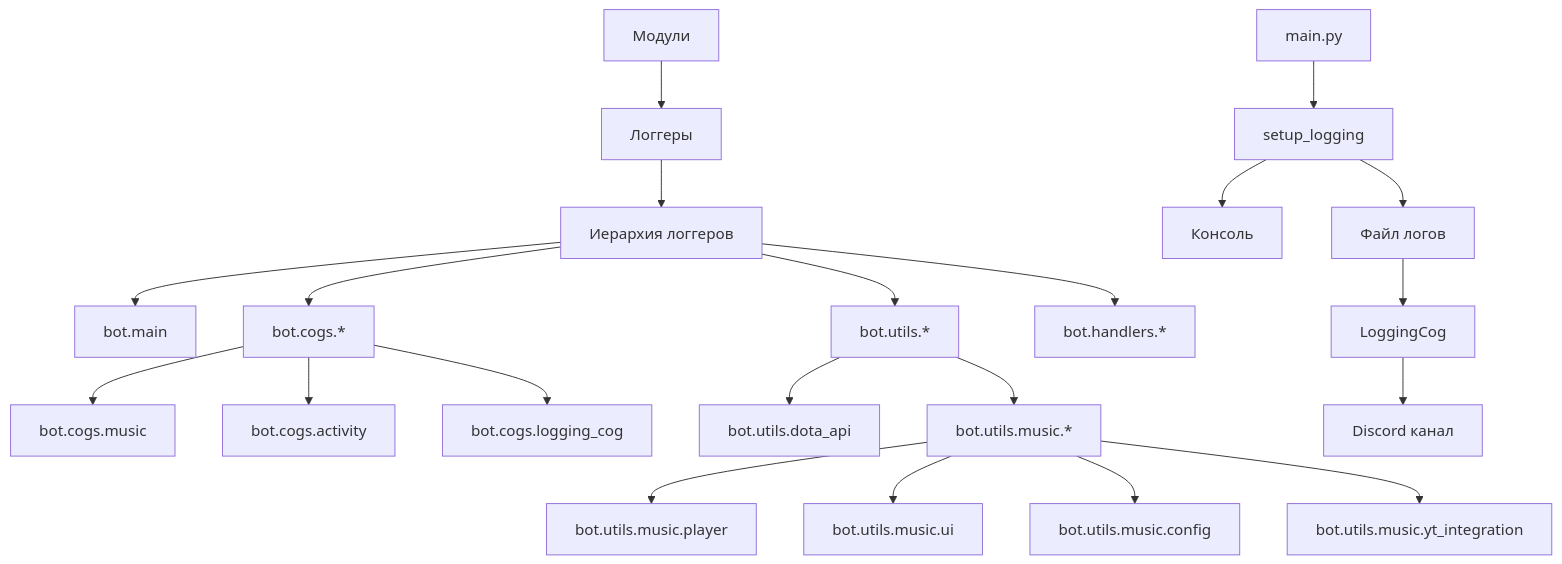
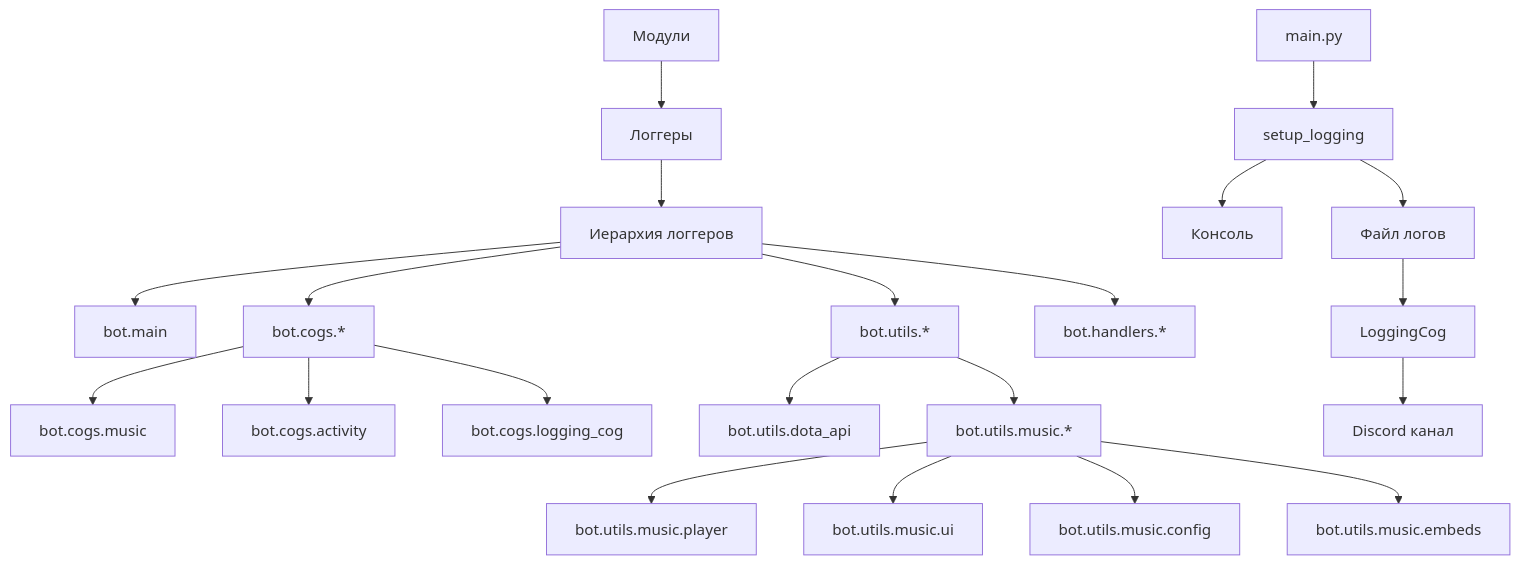
The tenth of 10 diagrams in docs/architecture.md (Twinlab/pd_bot), drawn with Mermaid before and after one commit. The commit also changed other lines of this file and 29 other files, not shown here.

````diff
--- a/docs/architecture.md
+++ b/docs/architecture.md
@@ -322,29 +350,29 @@
 ```mermaid
 graph TD
     A[main.py] --> B[setup_logging]
     B --> C[Файл логов]
     B --> D[Консоль]
 
     E[Модули] --> F[Логгеры]
     F --> G[Иерархия логгеров]
 
     G --> H[bot.main]
     G --> I[bot.cogs.*]
     G --> J[bot.utils.*]
     G --> K[bot.handlers.*]
 
     I --> I1[bot.cogs.music]
     I --> I2[bot.cogs.activity]
     I --> I3[bot.cogs.logging_cog]
 
     J --> J1[bot.utils.dota_api]
     J --> J2[bot.utils.music.*]
 
     J2 --> J2_1[bot.utils.music.player]
     J2 --> J2_2[bot.utils.music.ui]
     J2 --> J2_3[bot.utils.music.config]
-    J2 --> J2_4[bot.utils.music.yt_integration]
+    J2 --> J2_4[bot.utils.music.embeds]
 
     C --> L[LoggingCog]
     L --> M[Discord канал]
 ```
````
